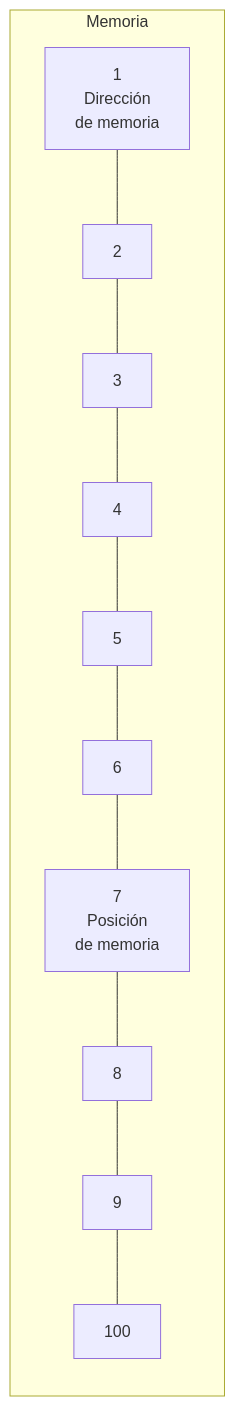
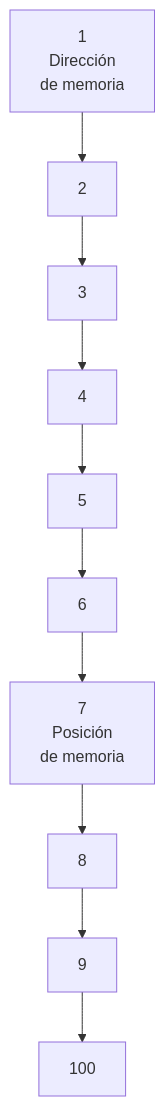
One commit to v019-exe/Fundamentos-de-maquinaria changed the sixth of 6 diagrams in Apuntes A1/Estructura funcional/estructura_funcional.md. Above: the diagram before and after it, drawn with Mermaid.

Commit message:
actualización 12

````diff
--- a/Apuntes A1/Estructura funcional/estructura_funcional.md
+++ b/Apuntes A1/Estructura funcional/estructura_funcional.md
@@ -154,7 +154,13 @@
 ```mermaid
-graph LR
-    subgraph "Memoria"
-        A1["1\nDirección\nde memoria"] --- A2["2"] --- A3["3"] --- A4["4"] --- A5["5"] 
-        A5 --- A6["6"] --- A7["7\nPosición\nde memoria"] --- A8["8"] --- A9["9"] --- A10["100"]
-    end
+graph TD
+    A1["1<br>Dirección<br>de memoria"] --> A2["2"]
+    A2 --> A3["3"]
+    A3 --> A4["4"]
+    A4 --> A5["5"]
+    A5 --> A6["6"]
+    A6 --> A7["7<br>Posición<br>de memoria"]
+    A7 --> A8["8"]
+    A8 --> A9["9"]
+    A9 --> A10["100"]
+
 ```
````
